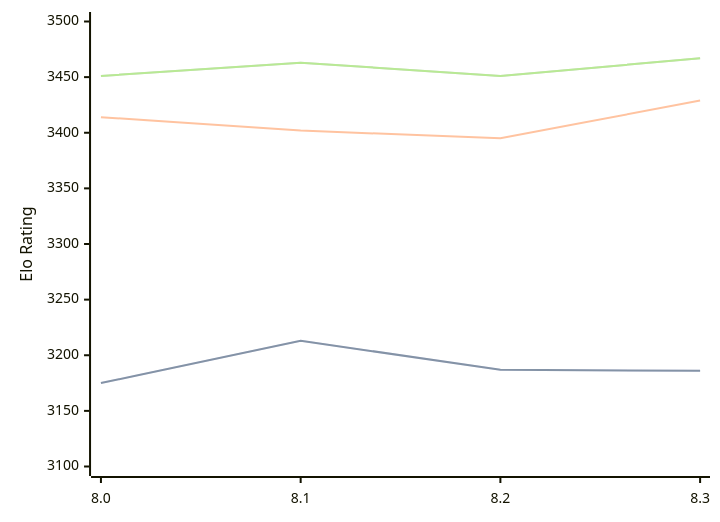
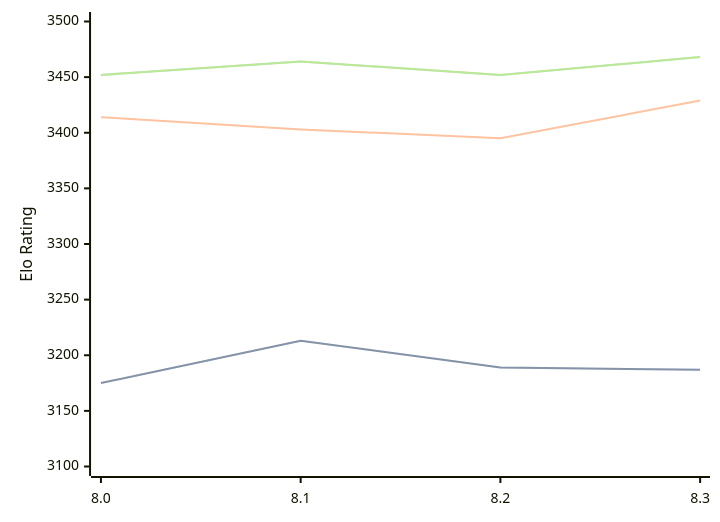
The diagram in engines/Alexander.md (computer-chess-index/cci), drawn with Mermaid before and after one commit. The commit also changed other lines of this file, not shown here.

Commit message:
Update CCI Ratings (ELO VLTC) - 2026-04-24

````diff
--- a/engines/Alexander.md
+++ b/engines/Alexander.md
@@ -48,11 +48,11 @@
 ```mermaid
 %%{init: {"theme":"base","themeVariables":{"seriesColors:['#a3a3a3','#222221','#faa371']}}}%%
 xychart-beta
   x-axis ["8.0", "8.1", "8.2", "8.3"]
   y-axis "Elo Rating" 3100 --> 3500
-  line "STC (8.0+0.08s)" [3175, 3213, 3187, 3186]
-  line "STC (8.0+0.08s)" [3175, 3213, 3187, 3186]
-  line "LTC (60.0+0.60s)" [3414, 3402, 3395, 3429]
-  line "VLTC (2m24s+1.12s)" [3451, 3463, 3451, 3467]
-  line "VLTC (2m24s+1.12s)" [3451, 3463, 3451, 3467]
+  line "STC (8.0+0.08s)" [3175, 3213, 3189, 3187]
+  line "STC (8.0+0.08s)" [3175, 3213, 3189, 3187]
+  line "LTC (60.0+0.60s)" [3414, 3403, 3395, 3429]
+  line "VLTC (2m24s+1.12s)" [3452, 3464, 3452, 3468]
+  line "VLTC (2m24s+1.12s)" [3452, 3464, 3452, 3468]
 ```
````
